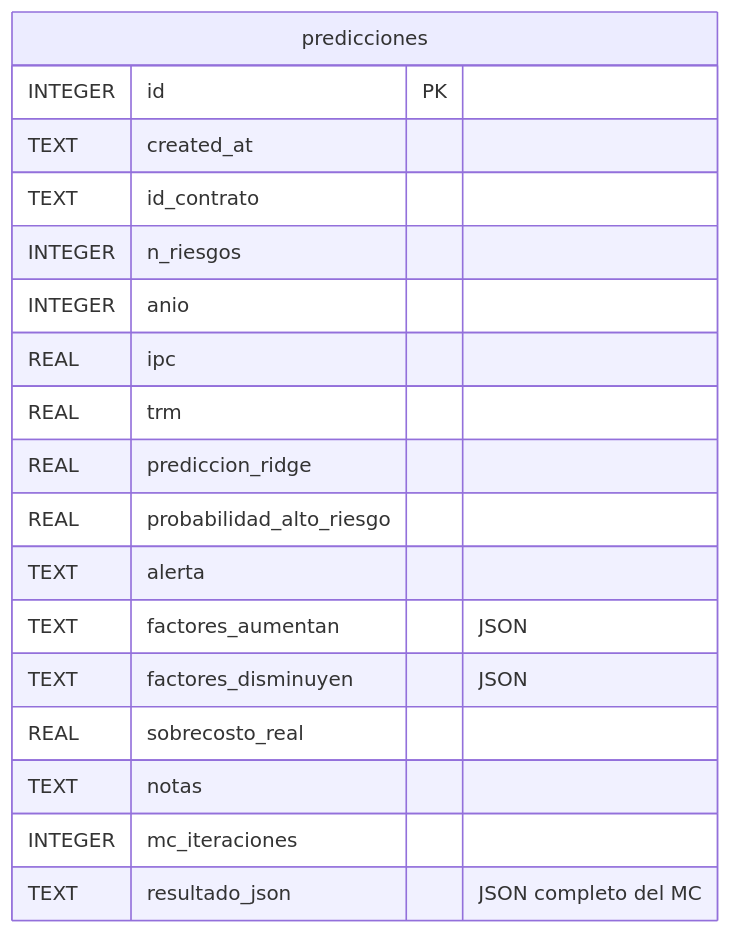
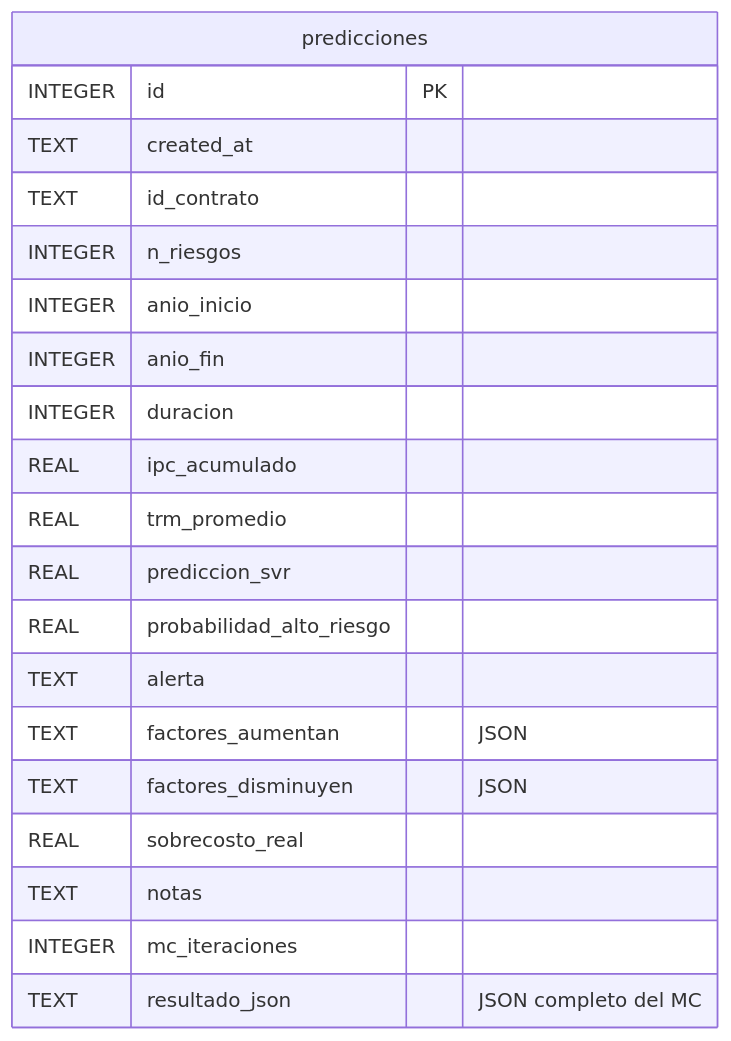
Before and after one commit to sanan1297/risk_project: the seventh of 7 diagrams in docs/proceso.md, drawn with Mermaid. The commit also changed other lines of this file and 28 other files, not shown here.

````diff
--- a/docs/proceso.md
+++ b/docs/proceso.md
@@ -523,21 +523,23 @@
 ```mermaid
 erDiagram
     predicciones {
         INTEGER id PK
         TEXT created_at
         TEXT id_contrato
         INTEGER n_riesgos
-        INTEGER anio
-        REAL ipc
-        REAL trm
-        REAL prediccion_ridge
+        INTEGER anio_inicio
+        INTEGER anio_fin
+        INTEGER duracion
+        REAL ipc_acumulado
+        REAL trm_promedio
+        REAL prediccion_svr
         REAL probabilidad_alto_riesgo
         TEXT alerta
         TEXT factores_aumentan "JSON"
         TEXT factores_disminuyen "JSON"
         REAL sobrecosto_real
         TEXT notas
         INTEGER mc_iteraciones
         TEXT resultado_json "JSON completo del MC"
     }
 ```
````
